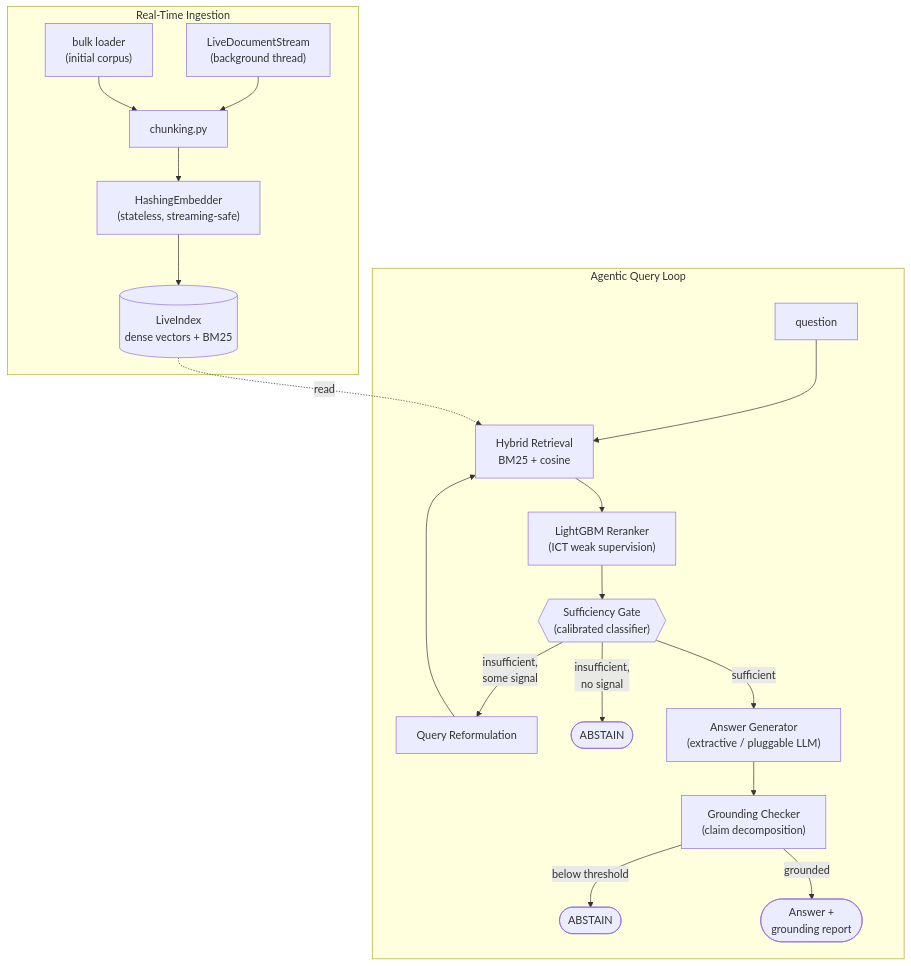
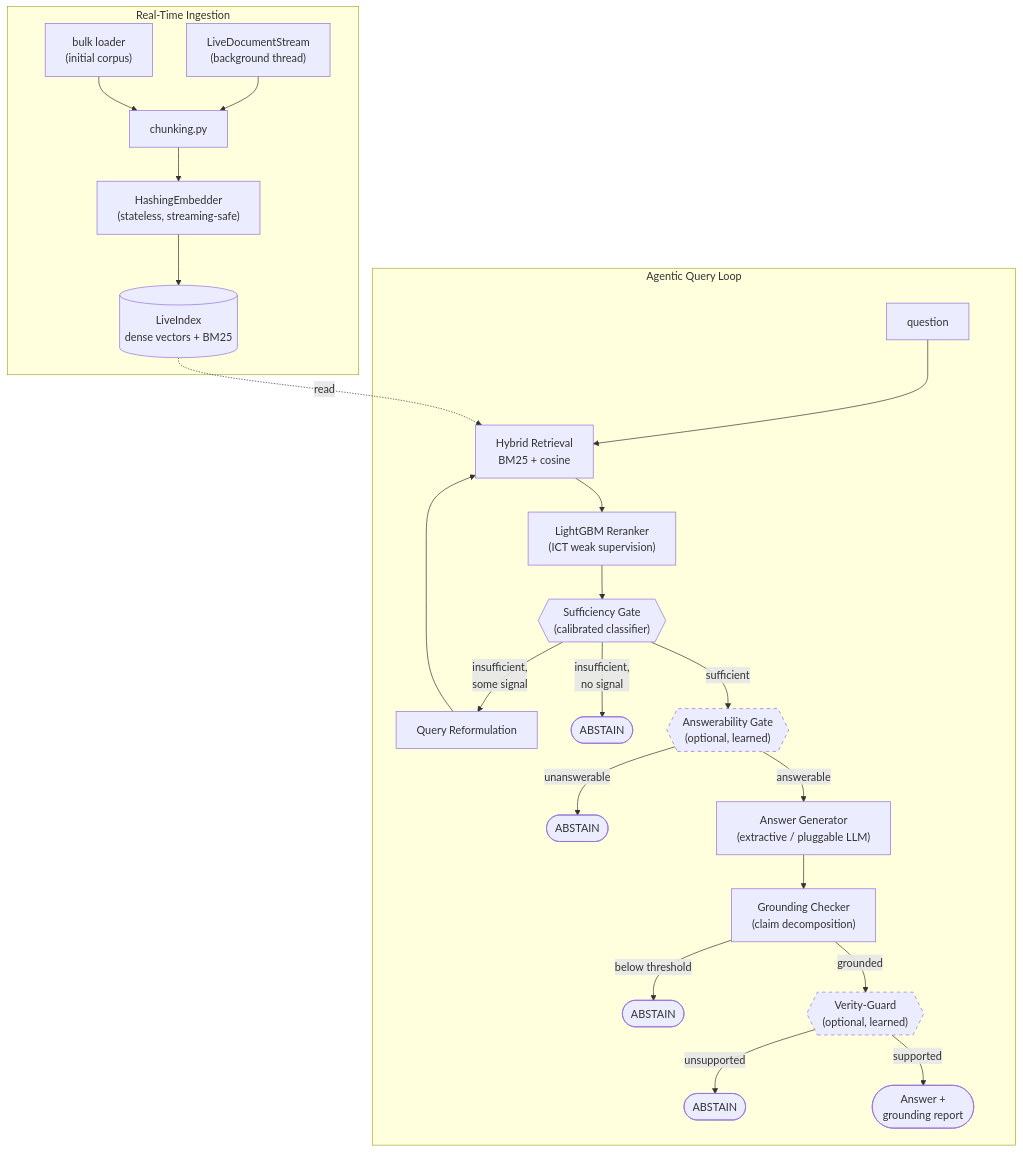
The diagram in README.md (mugil0095/Verity-RAG), drawn with Mermaid before and after one commit.

Commit message:
Docs: add optional answerability gate and Verity-Guard to the architecture diagram

````diff
--- a/README.md
+++ b/README.md
@@ -28,23 +28,30 @@
 ```mermaid
 flowchart TB
     subgraph ingest["Real-Time Ingestion"]
         stream["LiveDocumentStream\n(background thread)"] --> chunk["chunking.py"]
         bulk["bulk loader\n(initial corpus)"] --> chunk
         chunk --> embed["HashingEmbedder\n(stateless, streaming-safe)"]
         embed --> index[("LiveIndex\ndense vectors + BM25")]
     end
 
     subgraph query["Agentic Query Loop"]
         q["question"] --> retrieve["Hybrid Retrieval\nBM25 + cosine"]
         index -.read.-> retrieve
         retrieve --> rerank["LightGBM Reranker\n(ICT weak supervision)"]
         rerank --> gate{{"Sufficiency Gate\n(calibrated classifier)"}}
         gate -- "insufficient,\nsome signal" --> reformulate["Query Reformulation"]
         reformulate --> retrieve
         gate -- "insufficient,\nno signal" --> abstain1(["ABSTAIN"])
-        gate -- sufficient --> generate["Answer Generator\n(extractive / pluggable LLM)"]
+        gate -- sufficient --> ans{{"Answerability Gate\n(optional, learned)"}}
+        ans -- unanswerable --> abstain3(["ABSTAIN"])
+        ans -- answerable --> generate["Answer Generator\n(extractive / pluggable LLM)"]
         generate --> ground["Grounding Checker\n(claim decomposition)"]
         ground -- "below threshold" --> abstain2(["ABSTAIN"])
-        ground -- grounded --> answer(["Answer +\ngrounding report"])
+        ground -- grounded --> vg{{"Verity-Guard\n(optional, learned)"}}
+        vg -- unsupported --> abstain4(["ABSTAIN"])
+        vg -- supported --> answer(["Answer +\ngrounding report"])
     end
+
+    classDef opt stroke-dasharray: 5 5
+    class ans,vg opt
 ```
````
